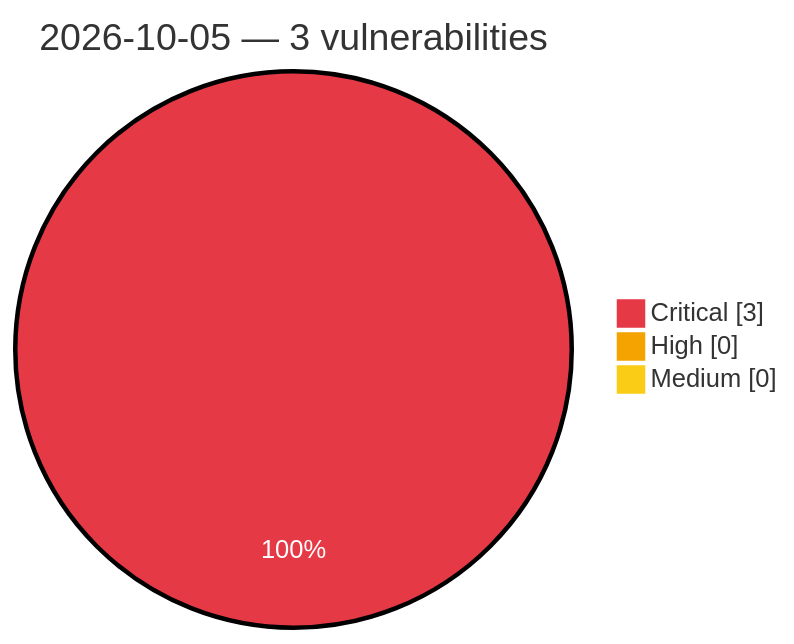
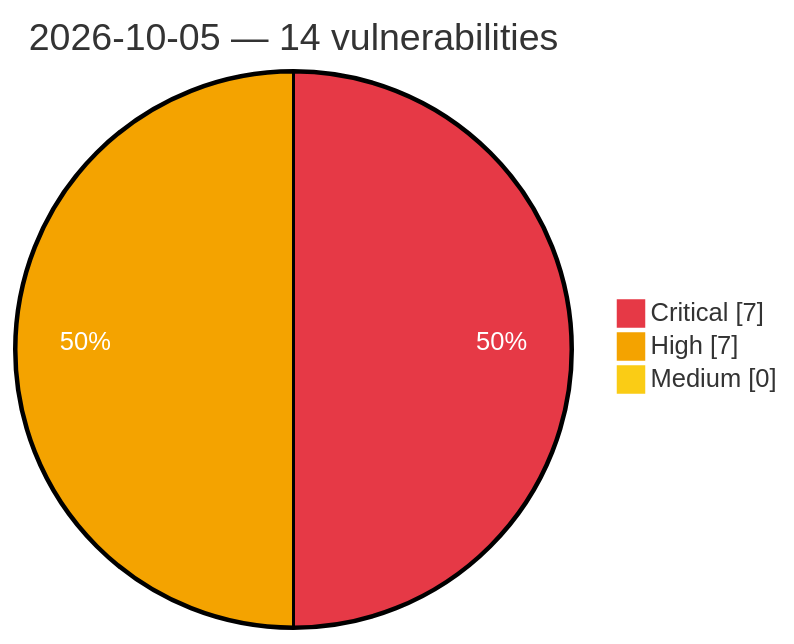
One commit to GhostX0X/vuln-tracker changed the diagram in vulnerabilities/2026/October/2026-10-05.md. Above: the diagram before and after it, drawn with Mermaid. The commit also changed other lines of this file and 5 other files, not shown here.

Commit message:
Auto update: critical/high vulns (2026-10-05 11:27 UTC)

````diff
--- a/vulnerabilities/2026/October/2026-10-05.md
+++ b/vulnerabilities/2026/October/2026-10-05.md
@@ -3,8 +3,8 @@
 ```mermaid
 %%{init: {'theme':'base', 'themeVariables': {'pie1':'#e63946', 'pie2':'#f4a300', 'pie3':'#facc15', 'pieOpacity':'1', 'pieOuterStrokeWidth':'2px', 'pieSectionTextColor':'#ffffff'}}}%%
 pie showData
-    title 2026-10-05 — 3 vulnerabilities
-    "Critical" : 3
-    "High" : 0
+    title 2026-10-05 — 14 vulnerabilities
+    "Critical" : 7
+    "High" : 7
     "Medium" : 0
 ```
````
